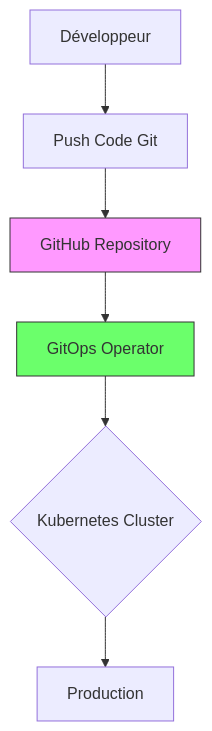
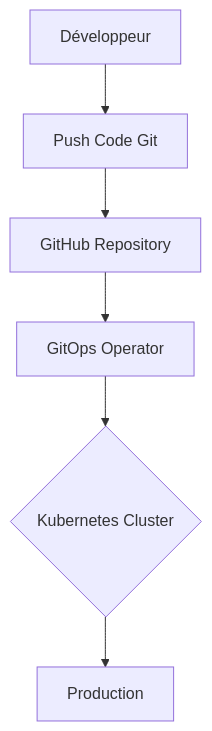
The diagram in git/readme.md (Moreldev237/Mon_parcours_devops), drawn with Mermaid before and after one commit. The commit also changed other lines of this file, not shown here.

````diff
--- a/git/readme.md
+++ b/git/readme.md
@@ -44,11 +44,8 @@
 ```mermaid
 graph TB
     A[Développeur] --> B[Push Code Git]
     B --> C[GitHub Repository]
     C --> D[GitOps Operator]
     D --> E{Kubernetes Cluster}
     E --> F[Production]
-    
-    style C fill:#f9f,stroke:#333
-    style D fill:#6bff6b,stroke:#333
 ```
````
